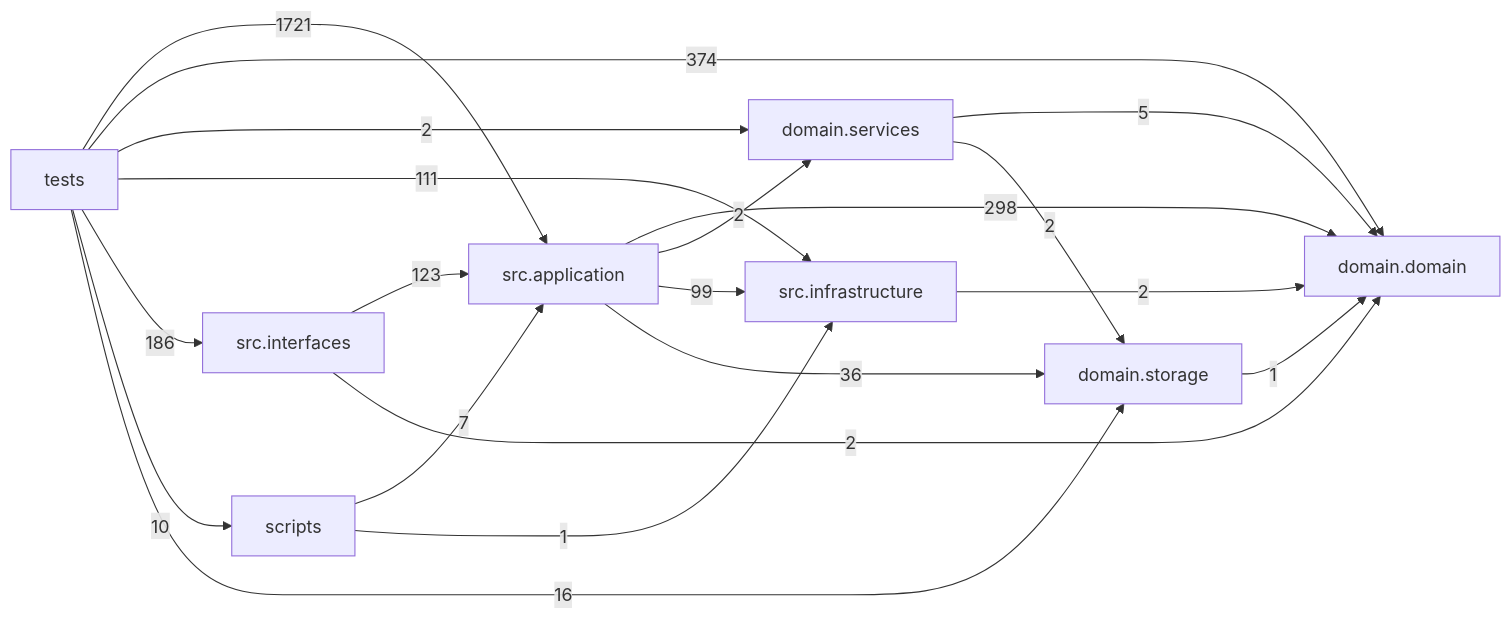
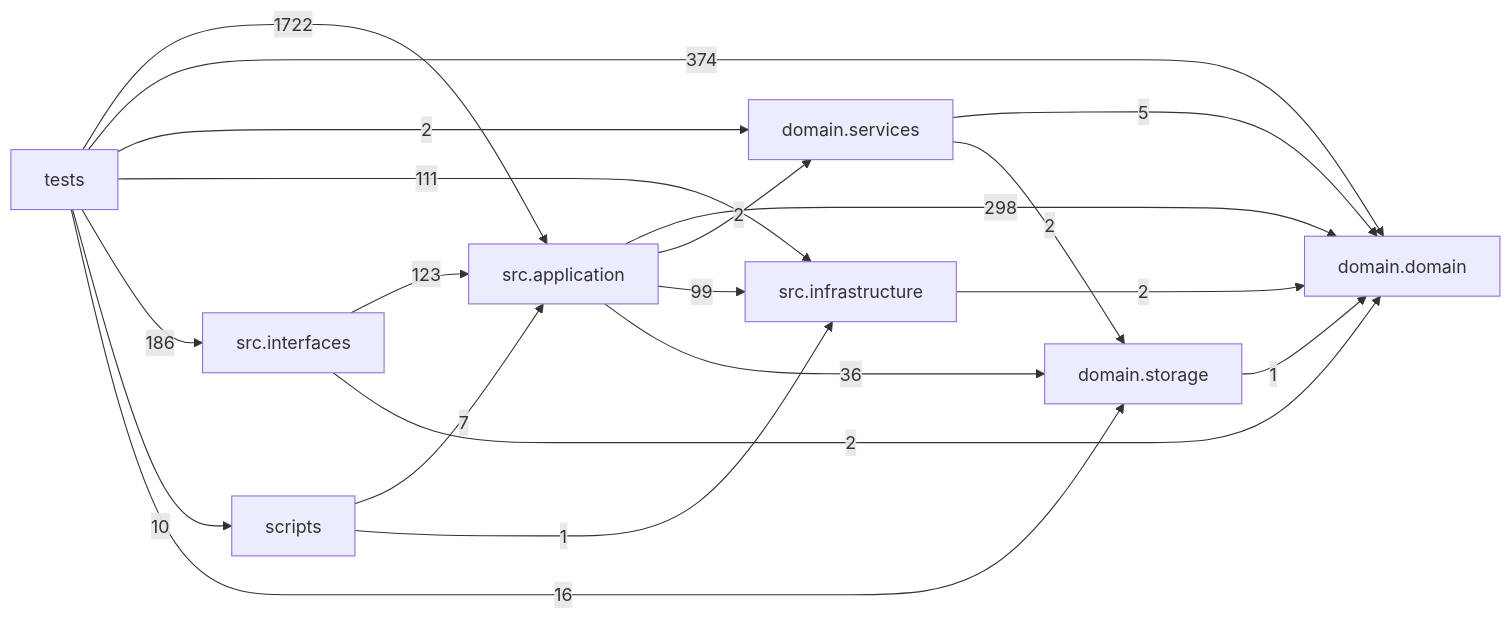
Before and after one commit to liuxie066/options-monitor: the diagram in docs/DEPENDENCY_GRAPH.md, drawn with Mermaid. The commit also changed other lines of this file and 2 other files, not shown here.

````diff
--- a/docs/DEPENDENCY_GRAPH.md
+++ b/docs/DEPENDENCY_GRAPH.md
@@ -24,30 +24,30 @@
 ```mermaid
 flowchart LR
   tests["tests"]
   scripts["scripts"]
   interfaces["src.interfaces"]
   application["src.application"]
   infrastructure["src.infrastructure"]
   domain_services["domain.services"]
   domain["domain.domain"]
   storage["domain.storage"]
   application -->|298| domain
   application -->|2| domain_services
   application -->|99| infrastructure
   application -->|36| storage
   domain_services -->|5| domain
   domain_services -->|2| storage
   infrastructure -->|2| domain
   interfaces -->|123| application
   interfaces -->|2| domain
   scripts -->|7| application
   scripts -->|1| infrastructure
   storage -->|1| domain
-  tests -->|1721| application
+  tests -->|1722| application
   tests -->|374| domain
   tests -->|2| domain_services
   tests -->|111| infrastructure
   tests -->|186| interfaces
   tests -->|10| scripts
   tests -->|16| storage
 ```
````
